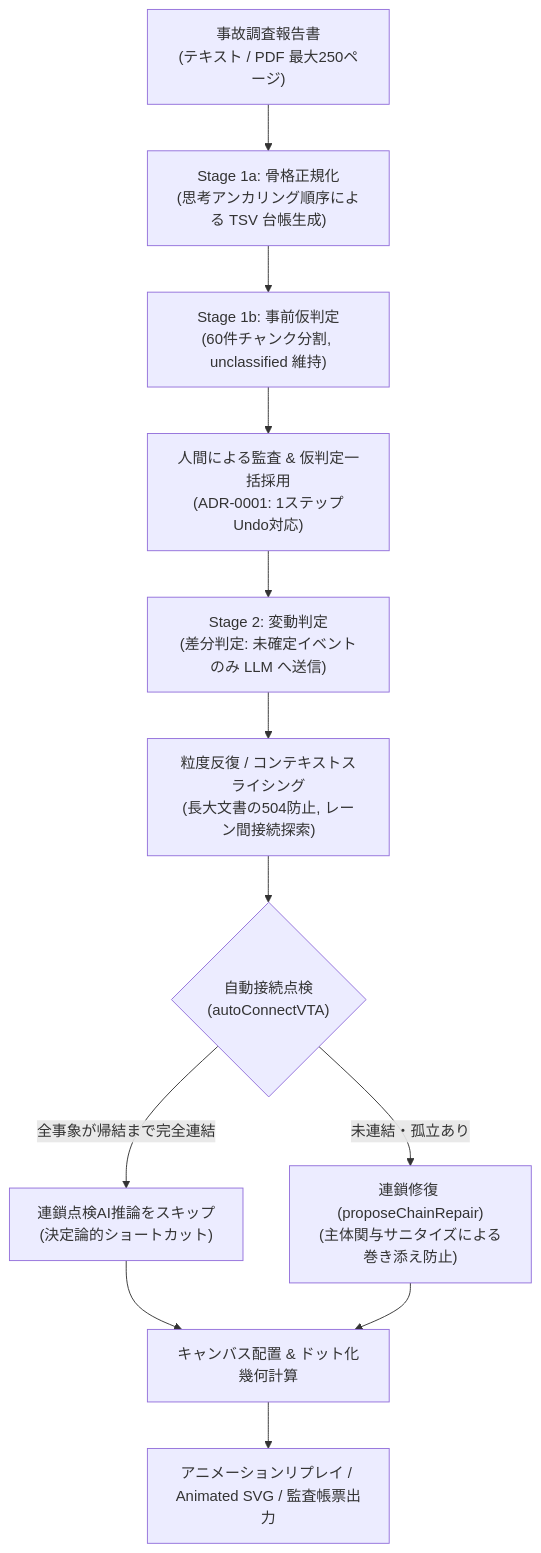
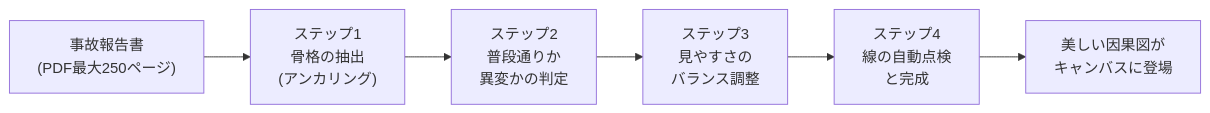
One commit to Kenn-Tanaka/FailurePrism changed the third of 3 diagrams in docs/TPDD_AND_VTA_ARCHITECTURE_GUIDE.md. Above: the diagram before and after it, drawn with Mermaid. The commit also changed other lines of this file and 38 other files, not shown here.

Commit message:
feat(vta): enhance pipeline robustness, topology layout, and AI diagnostics (ADR-0022 - ADR-0027)

````diff
--- a/docs/TPDD_AND_VTA_ARCHITECTURE_GUIDE.md
+++ b/docs/TPDD_AND_VTA_ARCHITECTURE_GUIDE.md
@@ -429,14 +258,8 @@
 ```mermaid
-flowchart TD
-    Doc["事故調査報告書<br/>(テキスト / PDF 最大250ページ)"] --> S1A["Stage 1a: 骨格正規化<br/>(思考アンカリング順序による TSV 台帳生成)"]
-    S1A --> S1B["Stage 1b: 事前仮判定<br/>(60件チャンク分割, unclassified 維持)"]
-    S1B --> Audit["人間による監査 & 仮判定一括採用<br/>(ADR-0001: 1ステップUndo対応)"]
-    Audit --> S2["Stage 2: 変動判定<br/>(差分判定: 未確定イベントのみ LLM へ送信)"]
-    S2 --> Refine["粒度反復 / コンテキストスライシング<br/>(長大文書の504防止, レーン間接続探索)"]
-    Refine --> AutoConn{"自動接続点検<br/>(autoConnectVTA)"}
-    AutoConn -->|全事象が帰結まで完全連結| Skip["連鎖点検AI推論をスキップ<br/>(決定論的ショートカット)"]
-    AutoConn -->|未連結・孤立あり| Repair["連鎖修復 (proposeChainRepair)<br/>(主体関与サニタイズによる巻き添え防止)"]
-    Skip --> Layout["キャンバス配置 & ドット化幾何計算"]
-    Repair --> Layout
-    Layout --> Export["アニメーションリプレイ / Animated SVG / 監査帳票出力"]
+flowchart LR
+    Doc["事故報告書<br/>(PDF最大250ページ)"] --> Step1["ステップ1<br/>骨格の抽出<br/>(アンカリング)"]
+    Step1 --> Step2["ステップ2<br/>普段通りか<br/>異変かの判定"]
+    Step2 --> Step3["ステップ3<br/>見やすさの<br/>バランス調整"]
+    Step3 --> Step4["ステップ4<br/>線の自動点検<br/>と完成"]
+    Step4 --> Canvas["美しい因果図が<br/>キャンバスに登場"]
 ```
````
